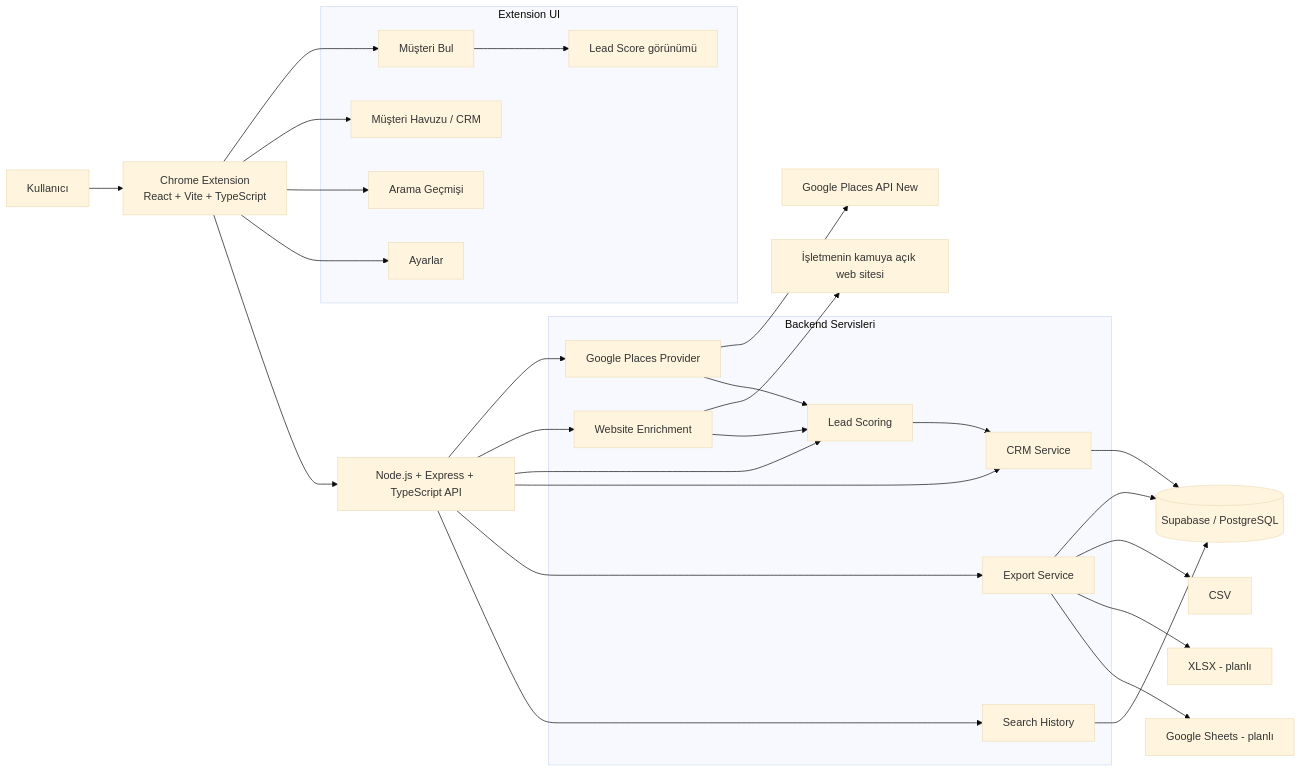
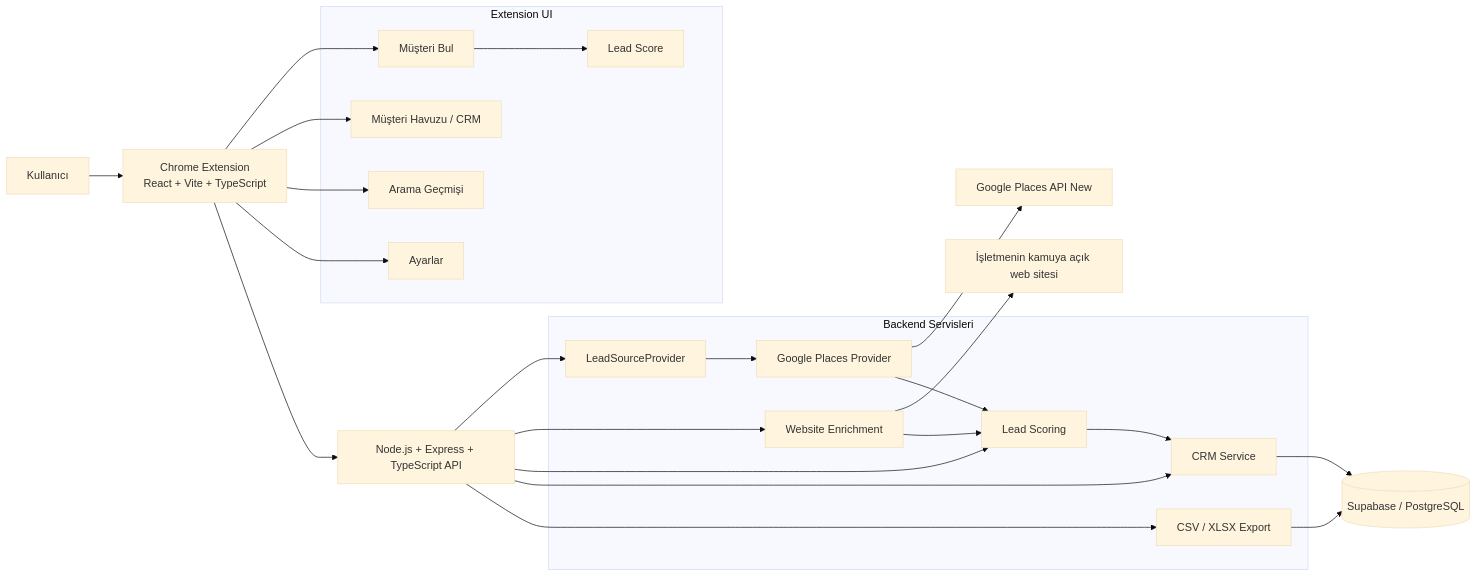
The first of 2 diagrams in PROJECT.md (Hypothesis99/google-musteri-toplama), drawn with Mermaid (base theme) before and after one commit. The commit also changed other lines of this file, not shown here.

````diff
--- a/PROJECT.md
+++ b/PROJECT.md
@@ -12,50 +16,45 @@
 ```mermaid
 flowchart LR
     U[Kullanıcı] --> EXT[Chrome Extension\nReact + Vite + TypeScript]
 
     subgraph EXTUI[Extension UI]
       SEARCH[Müşteri Bul]
       POOL[Müşteri Havuzu / CRM]
       HIST[Arama Geçmişi]
       SETTINGS[Ayarlar]
-      SCORE[Lead Score görünümü]
+      SCORE[Lead Score]
     end
 
     EXT --> SEARCH
     EXT --> POOL
     EXT --> HIST
     EXT --> SETTINGS
     SEARCH --> SCORE
 
     EXT --> API[Node.js + Express + TypeScript API]
 
     subgraph BACKEND[Backend Servisleri]
+      PROVIDER[LeadSourceProvider]
       PLACES[Google Places Provider]
       ENRICH[Website Enrichment]
       SCORING[Lead Scoring]
       CRM[CRM Service]
-      EXPORT[Export Service]
-      HISTORY[Search History]
+      EXPORT[CSV / XLSX Export]
     end
 
-    API --> PLACES
+    API --> PROVIDER
+    PROVIDER --> PLACES
+    PLACES --> GOOGLE[Google Places API New]
     API --> ENRICH
     API --> SCORING
     API --> CRM
     API --> EXPORT
-    API --> HISTORY
 
-    PLACES --> GOOGLE[Google Places API New]
     ENRICH --> WEB[İşletmenin kamuya açık web sitesi]
     CRM --> DB[(Supabase / PostgreSQL)]
-    HISTORY --> DB
     EXPORT --> DB
 
     ENRICH --> SCORING
     PLACES --> SCORING
     SCORING --> CRM
-
-    EXPORT --> CSV[CSV]
-    EXPORT --> XLSX[XLSX - planlı]
-    EXPORT --> SHEETS[Google Sheets - planlı]
 ```
````
